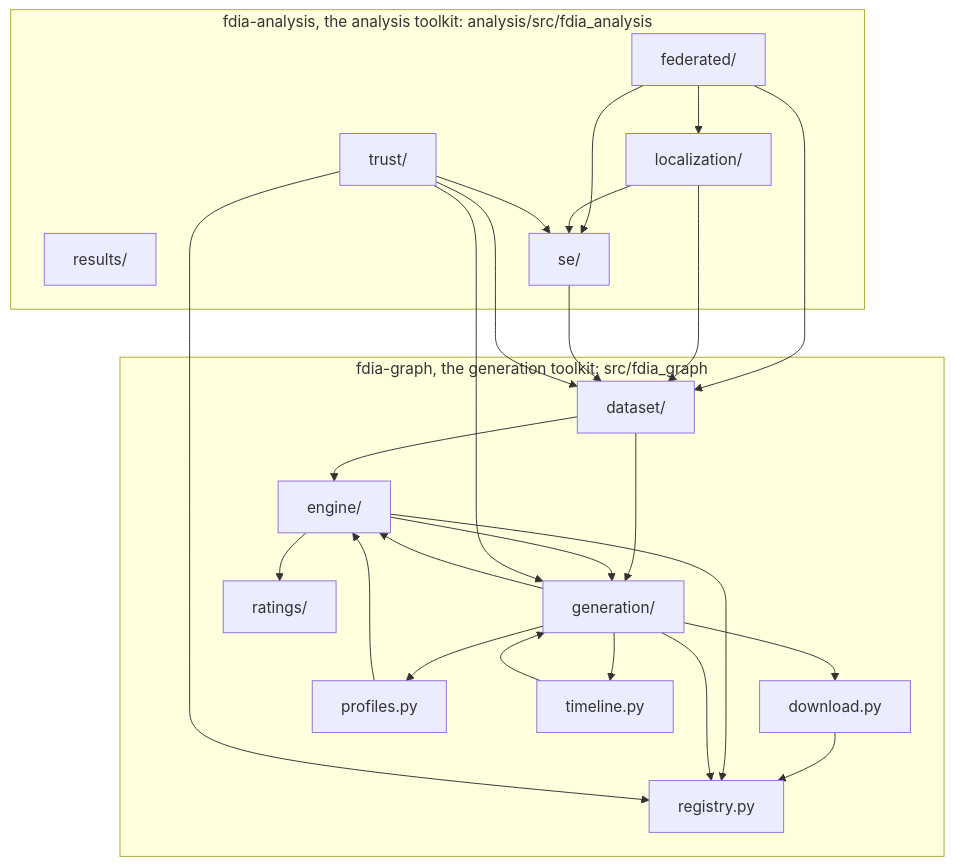
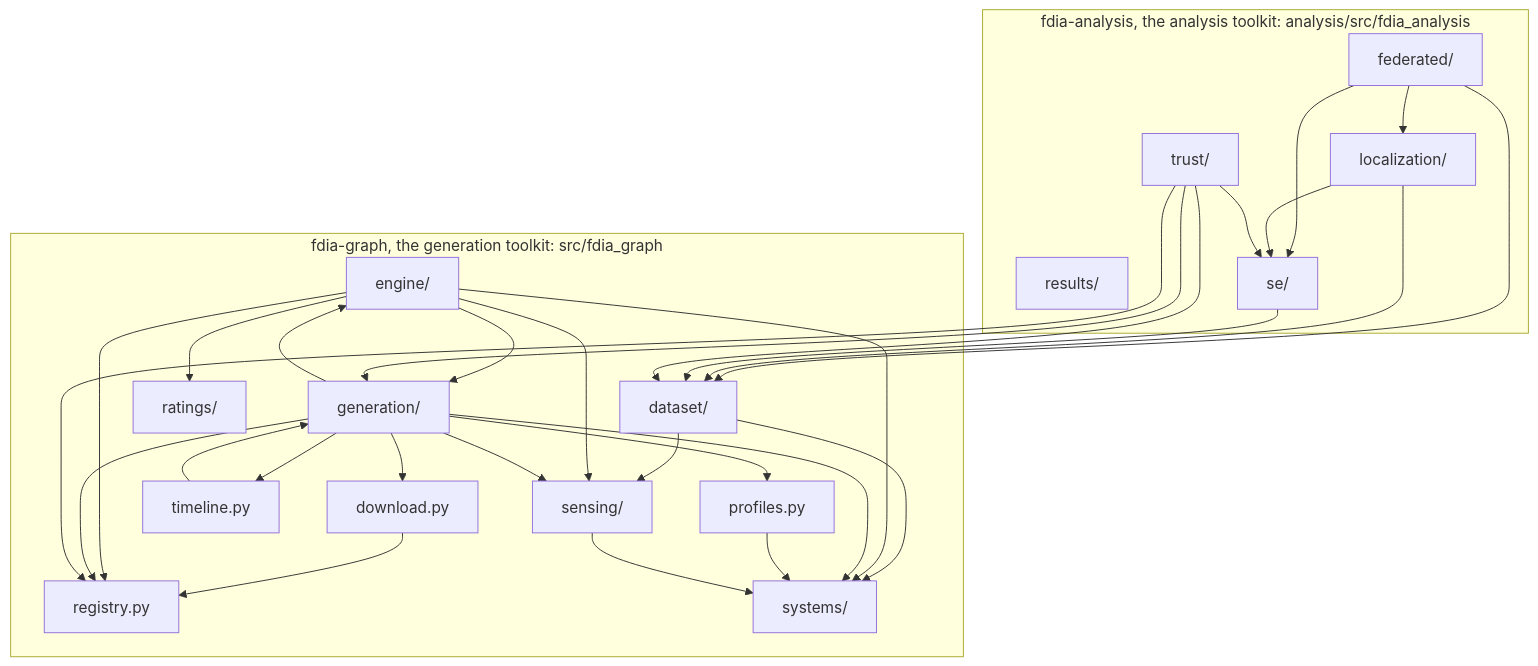
The diagram in docs/figures/diagrams/modules.mmd (myersben9/fdia-graph), drawn with Mermaid before and after one commit. The commit also changed 69 other files, not shown here.

First line of the commit message:
The grid and the meters get their own packages: systems and sensing (#255)

```diff
--- a/docs/figures/diagrams/modules.mmd
+++ b/docs/figures/diagrams/modules.mmd
@@ -1,41 +1,48 @@
 flowchart TB
     subgraph fdia_graph["fdia-graph, the generation toolkit: src/fdia_graph"]
         dataset["dataset/"]
         download["download.py"]
         engine["engine/"]
         generation["generation/"]
         profiles["profiles.py"]
         ratings["ratings/"]
         registry["registry.py"]
+        sensing["sensing/"]
+        systems["systems/"]
         timeline["timeline.py"]
     end
     subgraph fdia_analysis["fdia-analysis, the analysis toolkit: analysis/src/fdia_analysis"]
         federated["federated/"]
         localization["localization/"]
         results["results/"]
         se["se/"]
         trust["trust/"]
     end
-    dataset --> engine
-    dataset --> generation
+    dataset --> sensing
+    dataset --> systems
     download --> registry
     engine --> generation
     engine --> ratings
     engine --> registry
+    engine --> sensing
+    engine --> systems
     federated --> dataset
     federated --> localization
     federated --> se
     generation --> download
     generation --> engine
     generation --> profiles
     generation --> registry
+    generation --> sensing
+    generation --> systems
     generation --> timeline
     localization --> dataset
     localization --> se
-    profiles --> engine
+    profiles --> systems
     se --> dataset
+    sensing --> systems
     timeline --> generation
     trust --> dataset
     trust --> generation
     trust --> registry
     trust --> se
```
